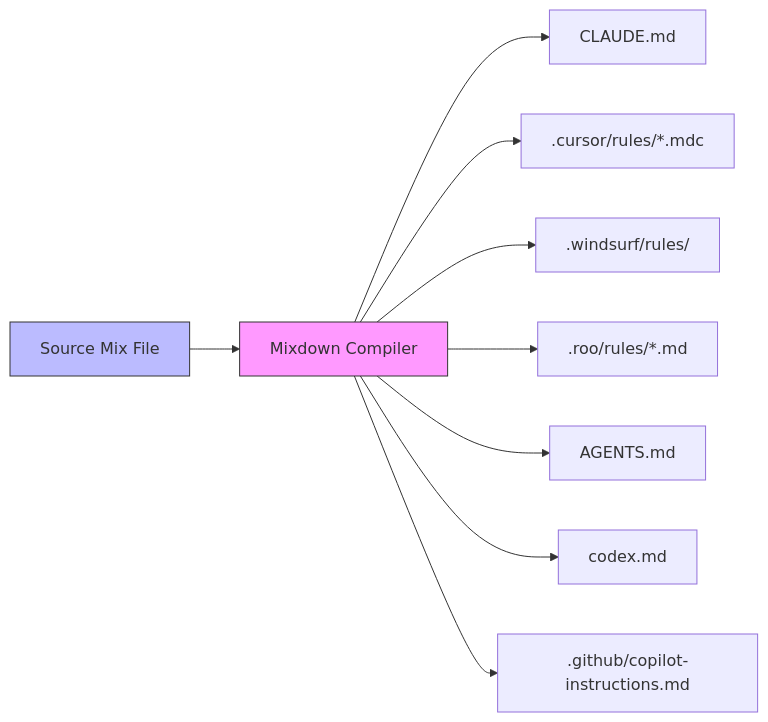
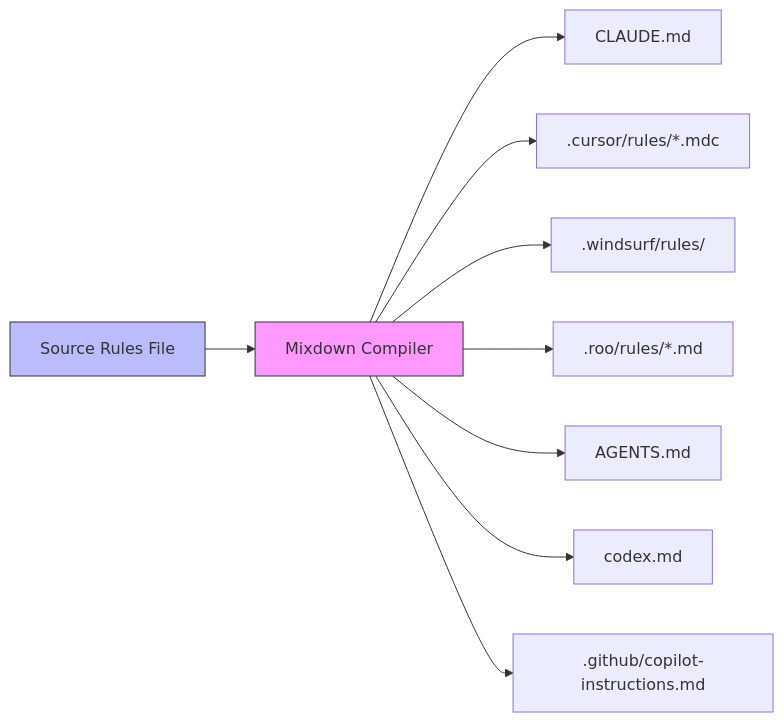
One commit to outfitter-dev/rulesets changed the ninth of 10 diagrams in notes/ai-rules-guide.md. Above: the diagram before and after it, drawn with Mermaid. The commit also changed other lines of this file and 23 other files, not shown here.

````diff
--- a/notes/ai-rules-guide.md
+++ b/notes/ai-rules-guide.md
@@ -699,14 +699,14 @@
 ```mermaid
 flowchart LR
-    A[Source Mix File] --> B[Mixdown Compiler]
+    A[Source Rules File] --> B[Mixdown Compiler]
     B --> C[CLAUDE.md]
     B --> D[.cursor/rules/*.mdc]
     B --> E[.windsurf/rules/]
     B --> F[.roo/rules/*.md]
     B --> G[AGENTS.md]
     B --> H[codex.md]
     B --> I[.github/copilot-instructions.md]
     
     style A fill:#bbf,stroke:#333
     style B fill:#f9f,stroke:#333
 ```
````
